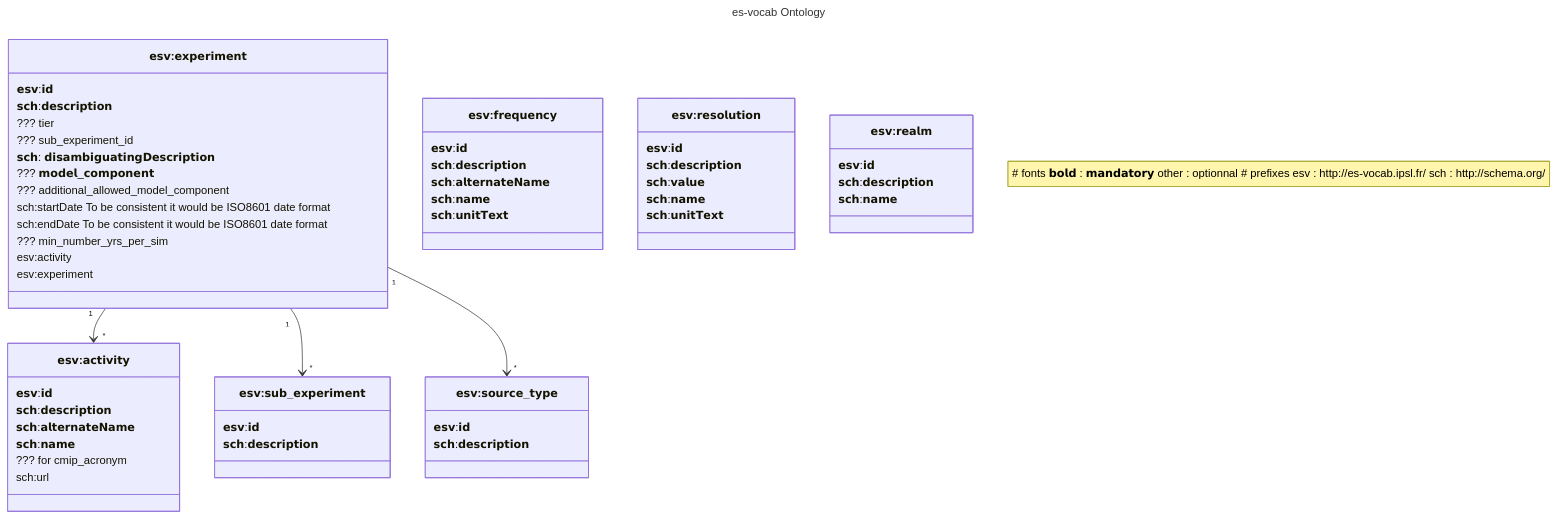
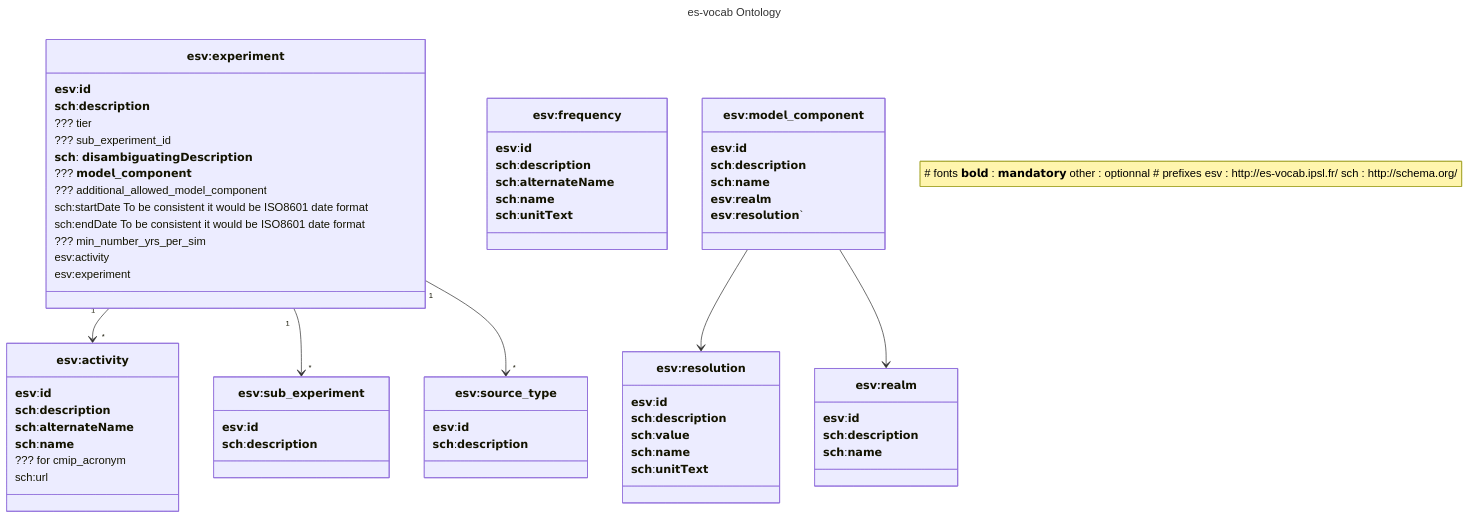
One commit to PCMDI/mip-cmor-tables changed the second of 2 diagrams in TODO.md. Above: the diagram before and after it, drawn with Mermaid. The commit also changed other lines of this file and 33 other files, not shown here.

```diff
--- a/TODO.md
+++ b/TODO.md
@@ -246,9 +263,19 @@
 
 } 
 
+    class `𝗲𝘀𝘃:𝗺𝗼𝗱𝗲𝗹_𝗰𝗼𝗺𝗽𝗼𝗻𝗲𝗻𝘁` {
+        𝗲𝘀𝘃:𝗶𝗱
+        𝘀𝗰𝗵:𝗱𝗲𝘀𝗰𝗿𝗶𝗽𝘁𝗶𝗼𝗻
+        𝘀𝗰𝗵:𝗻𝗮𝗺𝗲
+        𝗲𝘀𝘃:𝗿𝗲𝗮𝗹𝗺 
+        𝗲𝘀𝘃:𝗿𝗲𝘀𝗼𝗹𝘂𝘁𝗶𝗼𝗻`
 
 
+} 
 
+`𝗲𝘀𝘃:𝗺𝗼𝗱𝗲𝗹_𝗰𝗼𝗺𝗽𝗼𝗻𝗲𝗻𝘁` --> `𝗲𝘀𝘃:𝗿𝗲𝘀𝗼𝗹𝘂𝘁𝗶𝗼𝗻`
+
+`𝗲𝘀𝘃:𝗺𝗼𝗱𝗲𝗹_𝗰𝗼𝗺𝗽𝗼𝗻𝗲𝗻𝘁` --> `𝗲𝘀𝘃:𝗿𝗲𝗮𝗹𝗺 `
     
 
 
```
